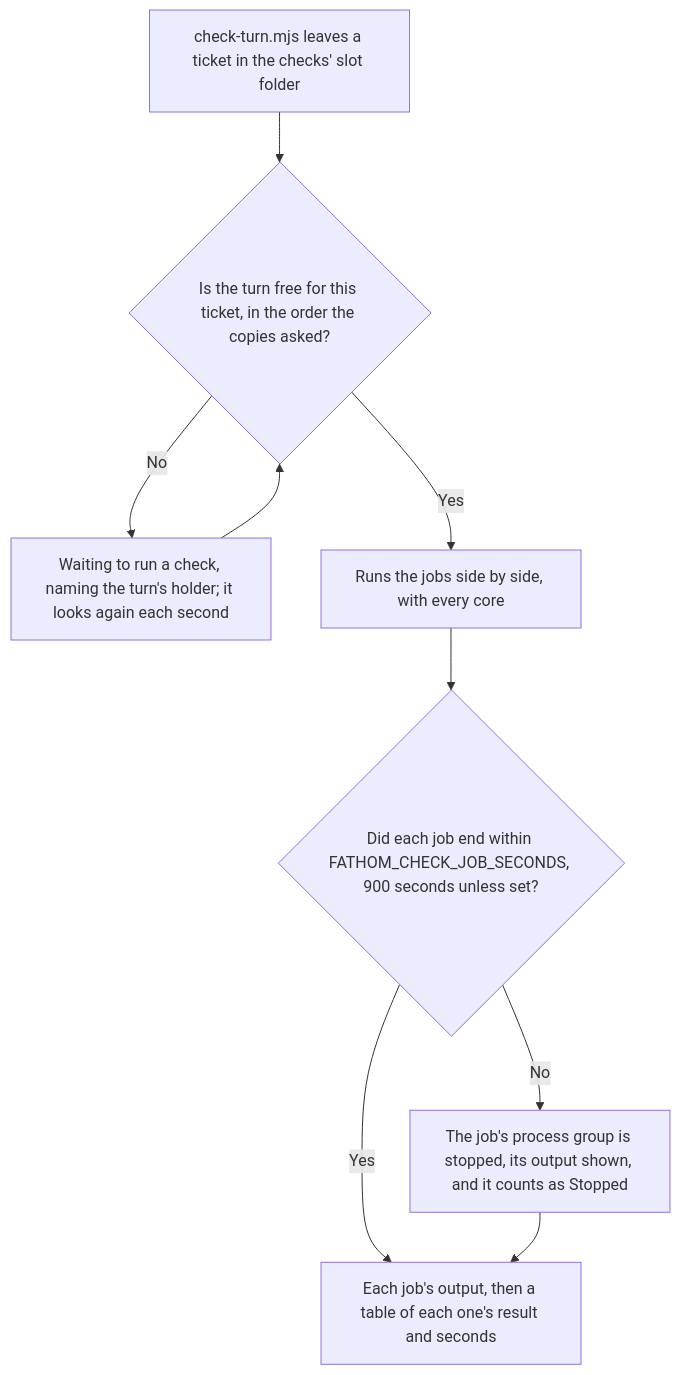
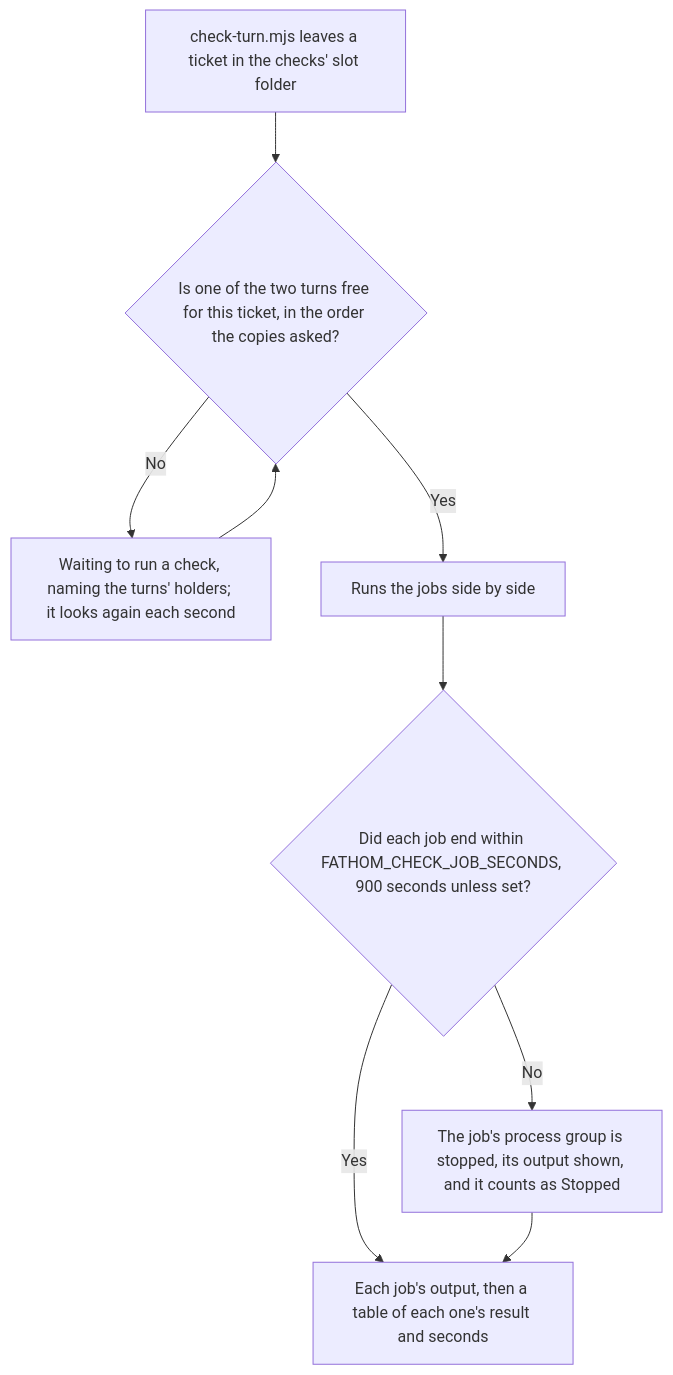
The sixth of 11 diagrams in docs/design/checks-and-ci.md (ribbitworks/fathom), drawn with Mermaid before and after one commit. The commit also changed other lines of this file and 3 other files, not shown here.

First line of the commit message:
chore: let two checks hold a turn at once

````diff
--- a/docs/design/checks-and-ci.md
+++ b/docs/design/checks-and-ci.md
@@ -149,11 +149,11 @@
 ```mermaid
 flowchart TD
-    Ticket["check-turn.mjs leaves a ticket in the checks' slot folder"] --> Free{"Is the turn free for this ticket, in the order the copies asked?"}
-    Free -- No --> Wait["Waiting to run a check, naming the turn's holder; it looks again each second"]
+    Ticket["check-turn.mjs leaves a ticket in the checks' slot folder"] --> Free{"Is one of the two turns free for this ticket, in the order the copies asked?"}
+    Free -- No --> Wait["Waiting to run a check, naming the turns' holders; it looks again each second"]
     Wait --> Free
-    Free -- Yes --> Run["Runs the jobs side by side, with every core"]
+    Free -- Yes --> Run["Runs the jobs side by side"]
     Run --> Limit{"Did each job end within FATHOM_CHECK_JOB_SECONDS, 900 seconds unless set?"}
     Limit -- No --> Stopped["The job's process group is stopped, its output shown, and it counts as Stopped"]
     Limit -- Yes --> Results["Each job's output, then a table of each one's result and seconds"]
     Stopped --> Results
 ```
````
